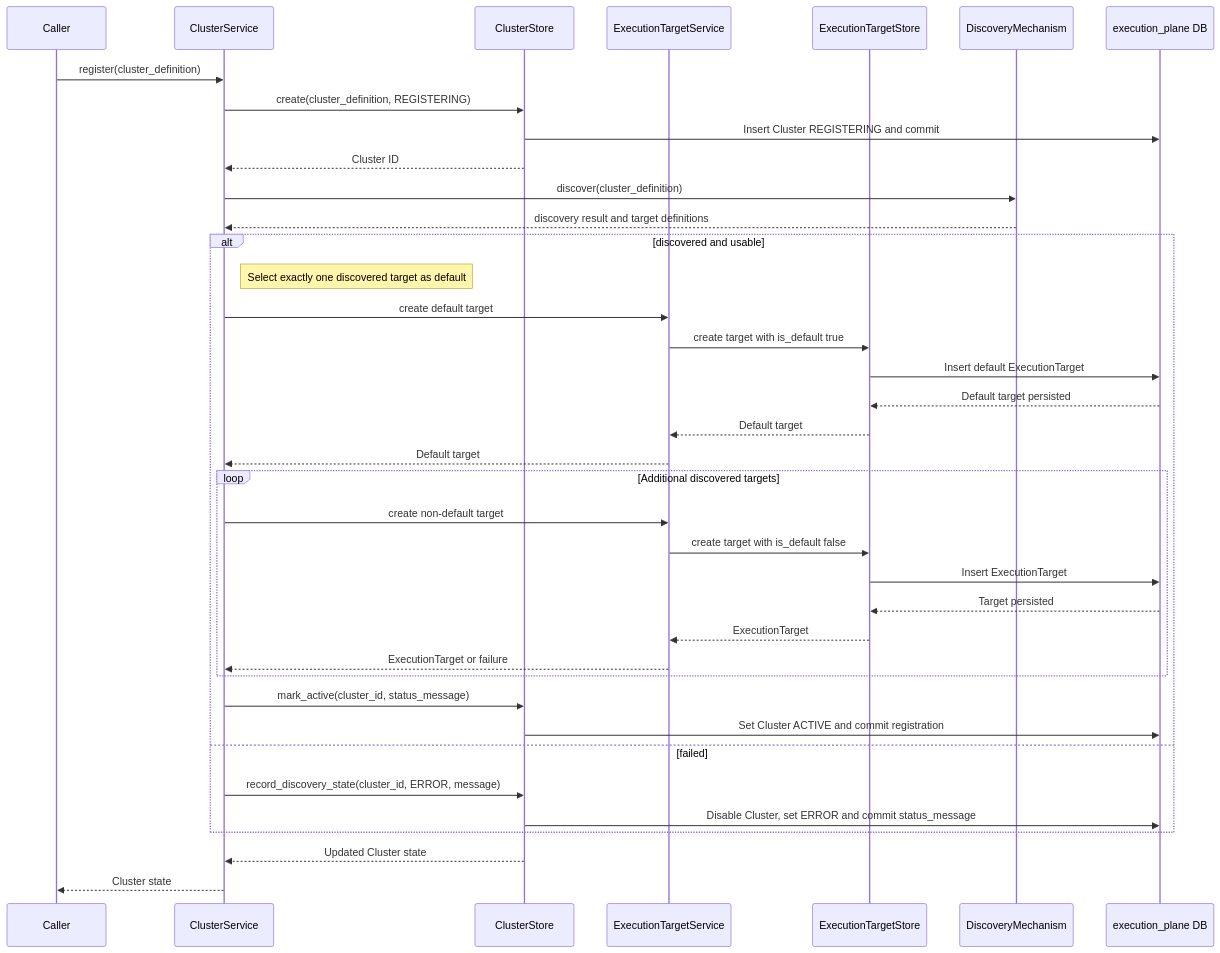
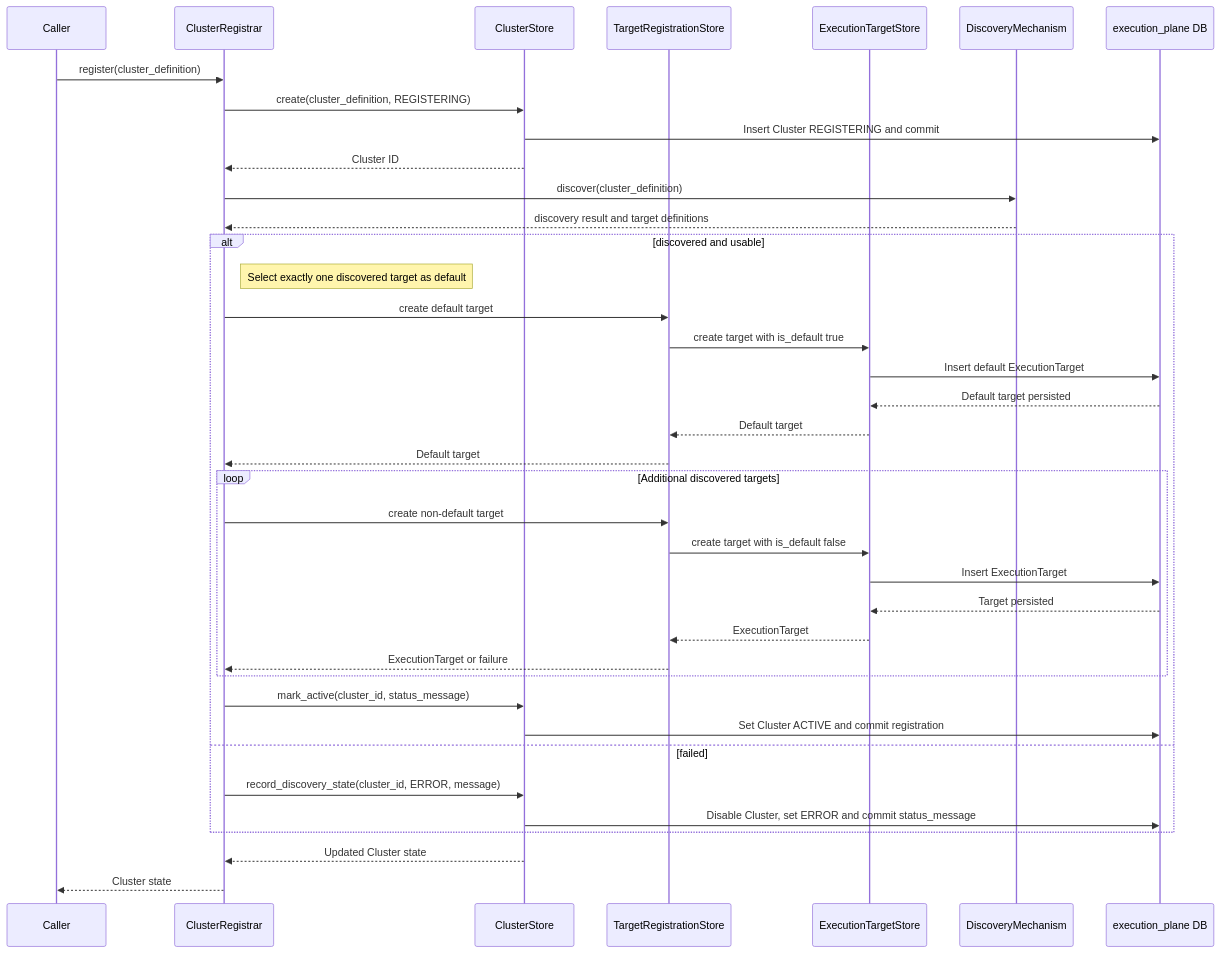
The third of 5 diagrams in docs/cluster-and-target-services.md (AlanCoding/syntara-execution-plane), drawn with Mermaid before and after one commit. The commit also changed other lines of this file and 49 other files, not shown here.

````diff
--- a/docs/cluster-and-target-services.md
+++ b/docs/cluster-and-target-services.md
@@ -229,41 +229,41 @@
 ```mermaid
 sequenceDiagram
     participant C as Caller
-    participant R as ClusterService
+    participant R as ClusterRegistrar
     participant S as ClusterStore
-    participant TR as ExecutionTargetService
+    participant TR as TargetRegistrationStore
     participant TS as ExecutionTargetStore
     participant D as DiscoveryMechanism
     participant DB as execution_plane DB
 
     C->>R: register(cluster_definition)
     R->>S: create(cluster_definition, REGISTERING)
     S->>DB: Insert Cluster REGISTERING and commit
     S-->>R: Cluster ID
     R->>D: discover(cluster_definition)
     D-->>R: discovery result and target definitions
     alt discovered and usable
         Note right of R: Select exactly one discovered target as default
         R->>TR: create default target
         TR->>TS: create target with is_default true
         TS->>DB: Insert default ExecutionTarget
         DB-->>TS: Default target persisted
         TS-->>TR: Default target
         TR-->>R: Default target
         loop Additional discovered targets
             R->>TR: create non-default target
             TR->>TS: create target with is_default false
             TS->>DB: Insert ExecutionTarget
             DB-->>TS: Target persisted
             TS-->>TR: ExecutionTarget
             TR-->>R: ExecutionTarget or failure
         end
         R->>S: mark_active(cluster_id, status_message)
         S->>DB: Set Cluster ACTIVE and commit registration
     else failed
         R->>S: record_discovery_state(cluster_id, ERROR, message)
         S->>DB: Disable Cluster, set ERROR and commit status_message
     end
     S-->>R: Updated Cluster state
     R-->>C: Cluster state
 ```
````
